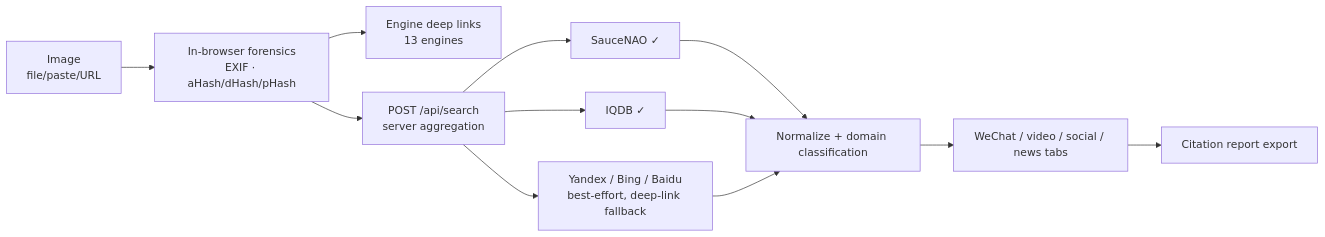
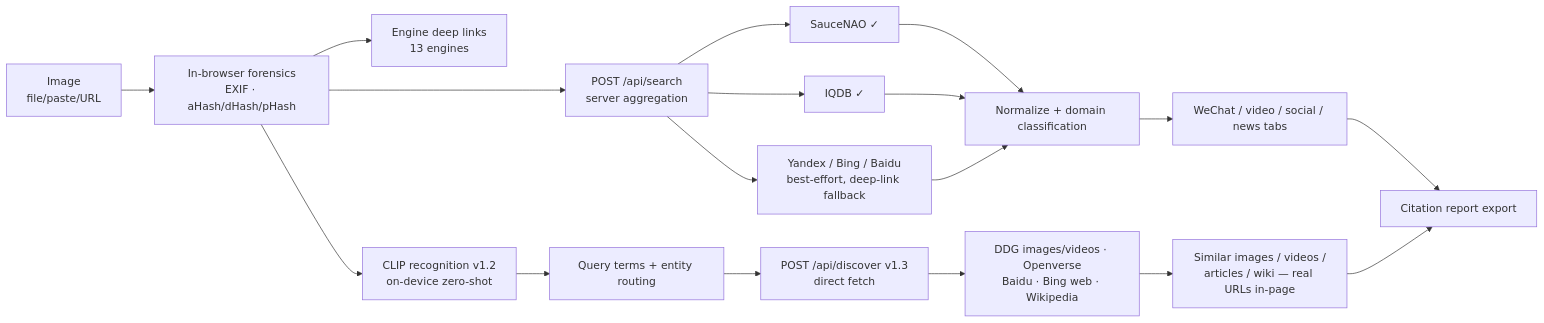
One commit to xiaoanping-101/pictrace changed the diagram in README.en.md. Above: the diagram before and after it, drawn with Mermaid. The commit also changed other lines of this file and 6 other files, not shown here.

First line of the commit message:
docs: 同步 v1.3 改动到引用内容与流程图

````diff
--- a/README.en.md
+++ b/README.en.md
@@ -57,12 +59,17 @@
 ```mermaid
 flowchart LR
     A[Image<br/>file/paste/URL] --> B[In-browser forensics<br/>EXIF · aHash/dHash/pHash]
     B --> C[Engine deep links<br/>13 engines]
     B --> F[POST /api/search<br/>server aggregation]
     F --> G[SauceNAO ✓]
     F --> H[IQDB ✓]
     F --> I[Yandex / Bing / Baidu<br/>best-effort, deep-link fallback]
     G & H & I --> J[Normalize + domain classification]
     J --> K[WeChat / video / social / news tabs]
-    K --> L[Citation report export]
+    B --> M[CLIP recognition v1.2<br/>on-device zero-shot]
+    M --> N[Query terms + entity routing]
+    N --> O[POST /api/discover v1.3<br/>direct fetch]
+    O --> P[DDG images/videos · Openverse<br/>Baidu · Bing web · Wikipedia]
+    P --> Q[Similar images / videos /<br/>articles / wiki — real URLs in-page]
+    K & Q --> L[Citation report export]
 ```
````
